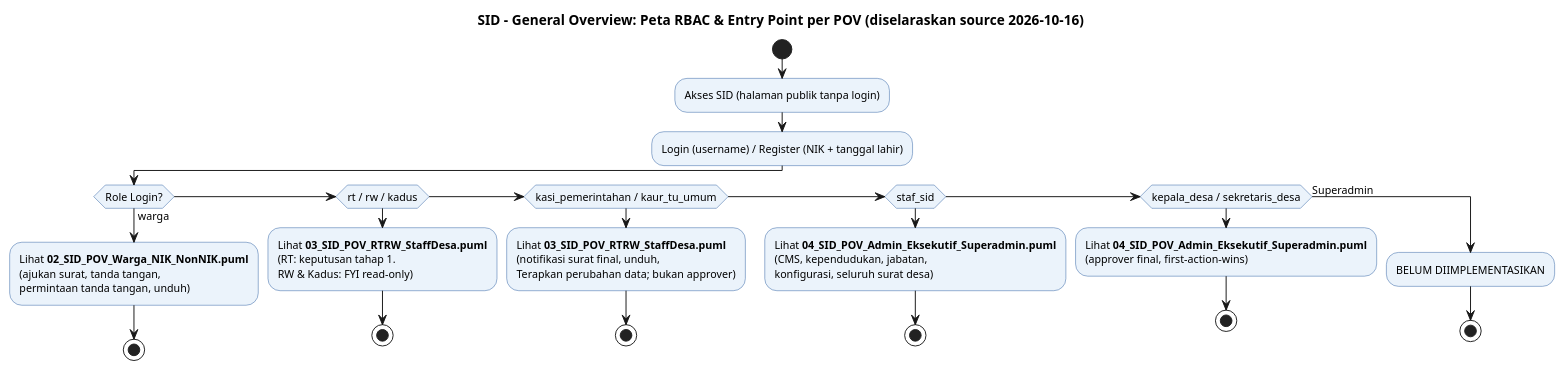
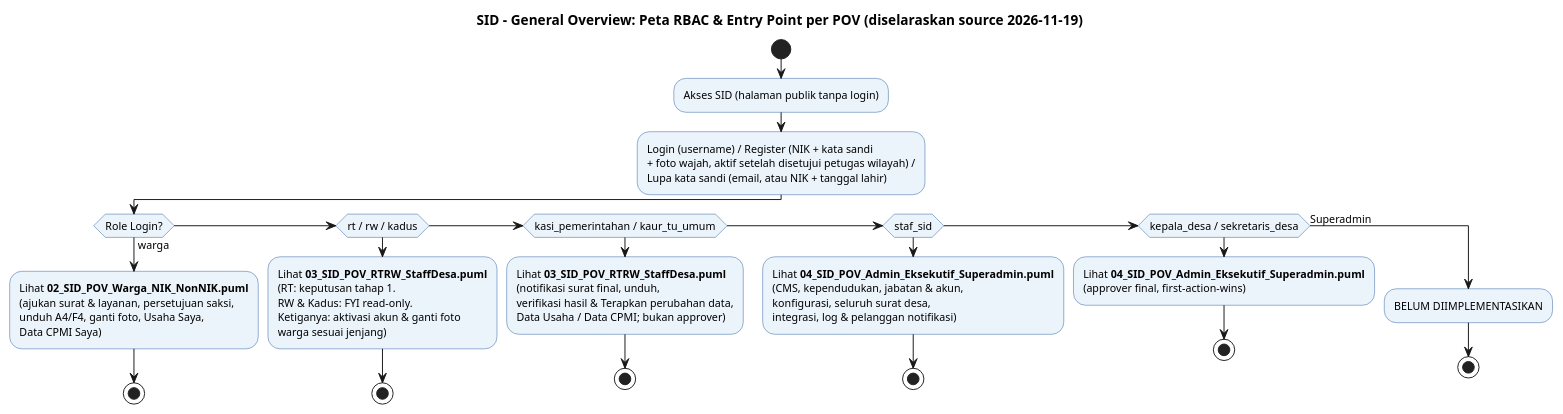
The diagram in docs/bussines_workflow/01_Entry_Point_Overview.puml (Vextronode/sid-app), drawn with PlantUML before and after one commit. The commit also changed 76 other files, not shown here.

```diff
--- a/docs/bussines_workflow/01_Entry_Point_Overview.puml
+++ b/docs/bussines_workflow/01_Entry_Point_Overview.puml
@@ -1,48 +1,48 @@
 @startuml
-title SID - General Overview: Peta RBAC & Entry Point per POV (diselaraskan source 2026-10-16)
+title SID - General Overview: Peta RBAC & Entry Point per POV (diselaraskan source 2026-11-19)
 
 skinparam activity {
   BackgroundColor #EBF3FB
   BorderColor #2E5FA3
   FontName Arial
   FontSize 11
 }
 skinparam note {
   BackgroundColor #FFF8E1
   BorderColor #C0A000
 }
 
 start
 :Akses SID (halaman publik tanpa login);
-:Login (username) / Register (NIK + tanggal lahir);
+:Login (username) / Register (NIK + kata sandi\n+ foto wajah, aktif setelah disetujui petugas wilayah) /\nLupa kata sandi (email, atau NIK + tanggal lahir);
 
 if (Role Login?) then (warga)
-  :Lihat **02_SID_POV_Warga_NIK_NonNIK.puml**\n(ajukan surat, tanda tangan,\npermintaan tanda tangan, unduh);
+  :Lihat **02_SID_POV_Warga_NIK_NonNIK.puml**\n(ajukan surat & layanan, persetujuan saksi,\nunduh A4/F4, ganti foto, Usaha Saya,\nData CPMI Saya);
   stop
 elseif (rt / rw / kadus) then
-  :Lihat **03_SID_POV_RTRW_StaffDesa.puml**\n(RT: keputusan tahap 1.\nRW & Kadus: FYI read-only);
+  :Lihat **03_SID_POV_RTRW_StaffDesa.puml**\n(RT: keputusan tahap 1.\nRW & Kadus: FYI read-only.\nKetiganya: aktivasi akun & ganti foto\nwarga sesuai jenjang);
   stop
 elseif (kasi_pemerintahan / kaur_tu_umum) then
-  :Lihat **03_SID_POV_RTRW_StaffDesa.puml**\n(notifikasi surat final, unduh,\nTerapkan perubahan data; bukan approver);
+  :Lihat **03_SID_POV_RTRW_StaffDesa.puml**\n(notifikasi surat final, unduh,\nverifikasi hasil & Terapkan perubahan data,\nData Usaha / Data CPMI; bukan approver);
   stop
 elseif (staf_sid) then
-  :Lihat **04_SID_POV_Admin_Eksekutif_Superadmin.puml**\n(CMS, kependudukan, jabatan,\nkonfigurasi, seluruh surat desa);
+  :Lihat **04_SID_POV_Admin_Eksekutif_Superadmin.puml**\n(CMS, kependudukan, jabatan & akun,\nkonfigurasi, seluruh surat desa,\nintegrasi, log & pelanggan notifikasi);
   stop
 elseif (kepala_desa / sekretaris_desa) then
   :Lihat **04_SID_POV_Admin_Eksekutif_Superadmin.puml**\n(approver final, first-action-wins);
   stop
 else (Superadmin)
   :BELUM DIIMPLEMENTASIKAN;
   stop
 endif
 
 note right
   Pejabat (selain Staf SIDUTama) yang punya
   data kependudukan juga dapat mengajukan
   surat untuk dirinya (menu Surat Saya).
   Proses otomatis sistem: 05_SistemOtomatis.puml.
   Pemetaan label tier → users.role:
   SID-ARCH-SYS-001 S4.
 end note
 
 @enduml
```
